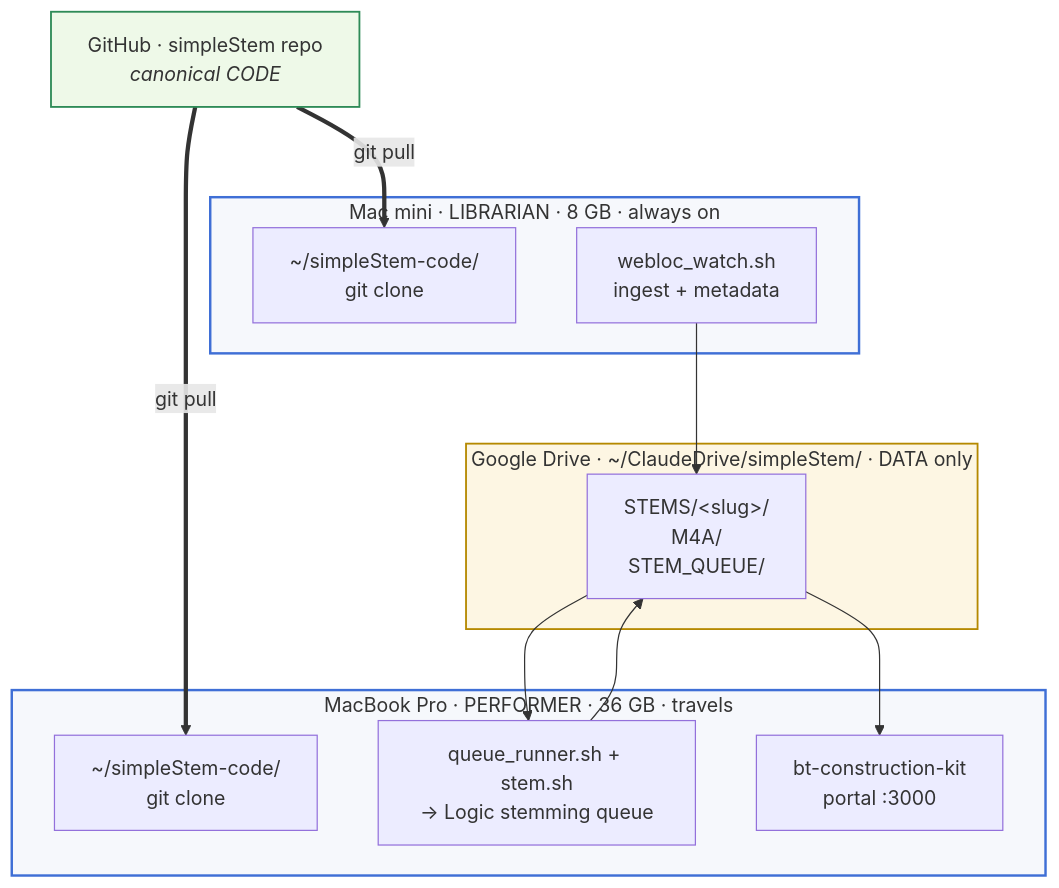
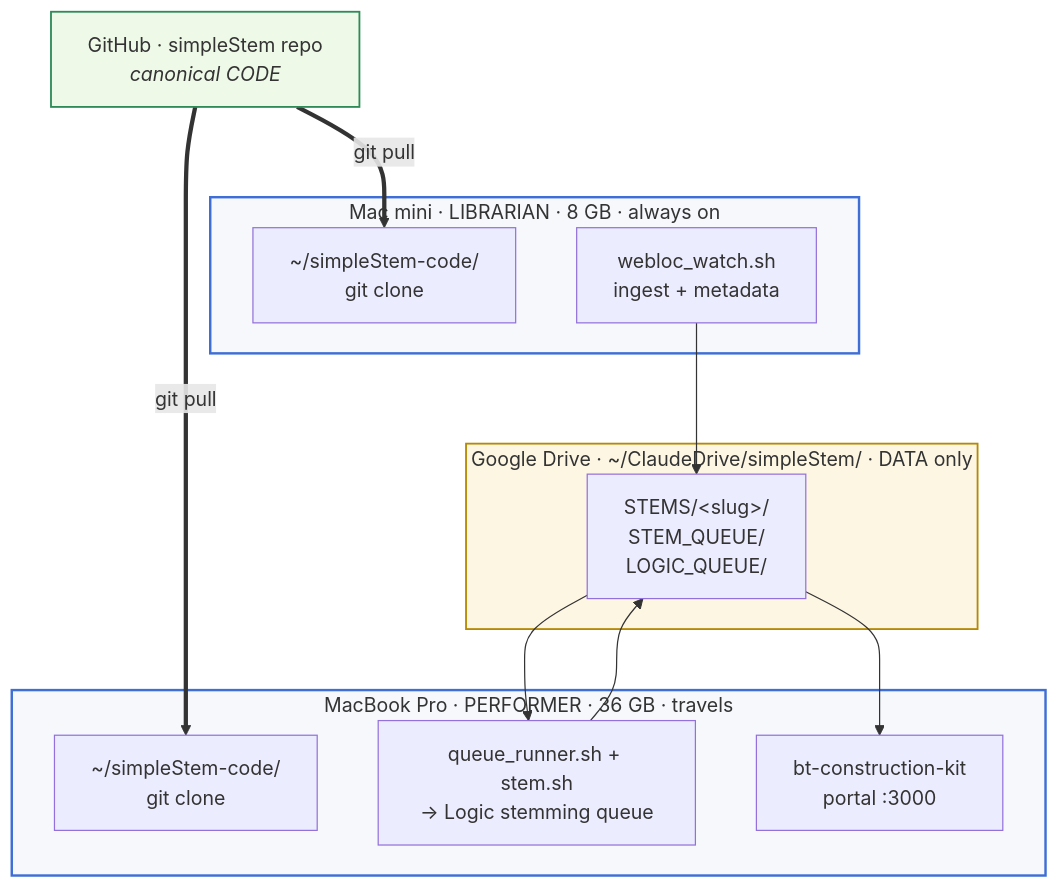
Before and after one commit to williambnorton/simpleStem: the diagram in README.md, drawn with Mermaid. The commit also changed other lines of this file and 39 other files, not shown here.

````diff
--- a/README.md
+++ b/README.md
@@ -20,33 +23,33 @@
 ```mermaid
 flowchart TB
     GH["GitHub · simpleStem repo<br/><i>canonical CODE</i>"]
 
     subgraph MINI["Mac mini · LIBRARIAN · 8 GB · always on"]
       MC["~/simpleStem-code/<br/>git clone"]
       WW["webloc_watch.sh<br/>ingest + metadata"]
     end
 
     subgraph LAPTOP["MacBook Pro · PERFORMER · 36 GB · travels"]
       LC["~/simpleStem-code/<br/>git clone"]
       QR["queue_runner.sh + stem.sh<br/>→ Logic stemming queue"]
       PORTAL["bt-construction-kit<br/>portal :3000"]
     end
 
     subgraph DRIVE["Google Drive · ~/ClaudeDrive/simpleStem/ · DATA only"]
-      STEMS["STEMS/&lt;slug&gt;/<br/>M4A/<br/>STEM_QUEUE/"]
+      STEMS["STEMS/&lt;slug&gt;/<br/>STEM_QUEUE/<br/>LOGIC_QUEUE/"]
     end
 
     GH ==git pull==> MC
     GH ==git pull==> LC
     WW --> STEMS
     STEMS --> QR
     QR --> STEMS
     STEMS --> PORTAL
 
     classDef machine fill:#f6f8fc,stroke:#3f6fd6,stroke-width:2px;
     classDef data fill:#fdf6e3,stroke:#b58900,stroke-width:1.5px;
     classDef code fill:#eef9e8,stroke:#2e8b57,stroke-width:1.5px;
     class MINI,LAPTOP machine;
     class DRIVE data;
     class GH code;
 ```
````
